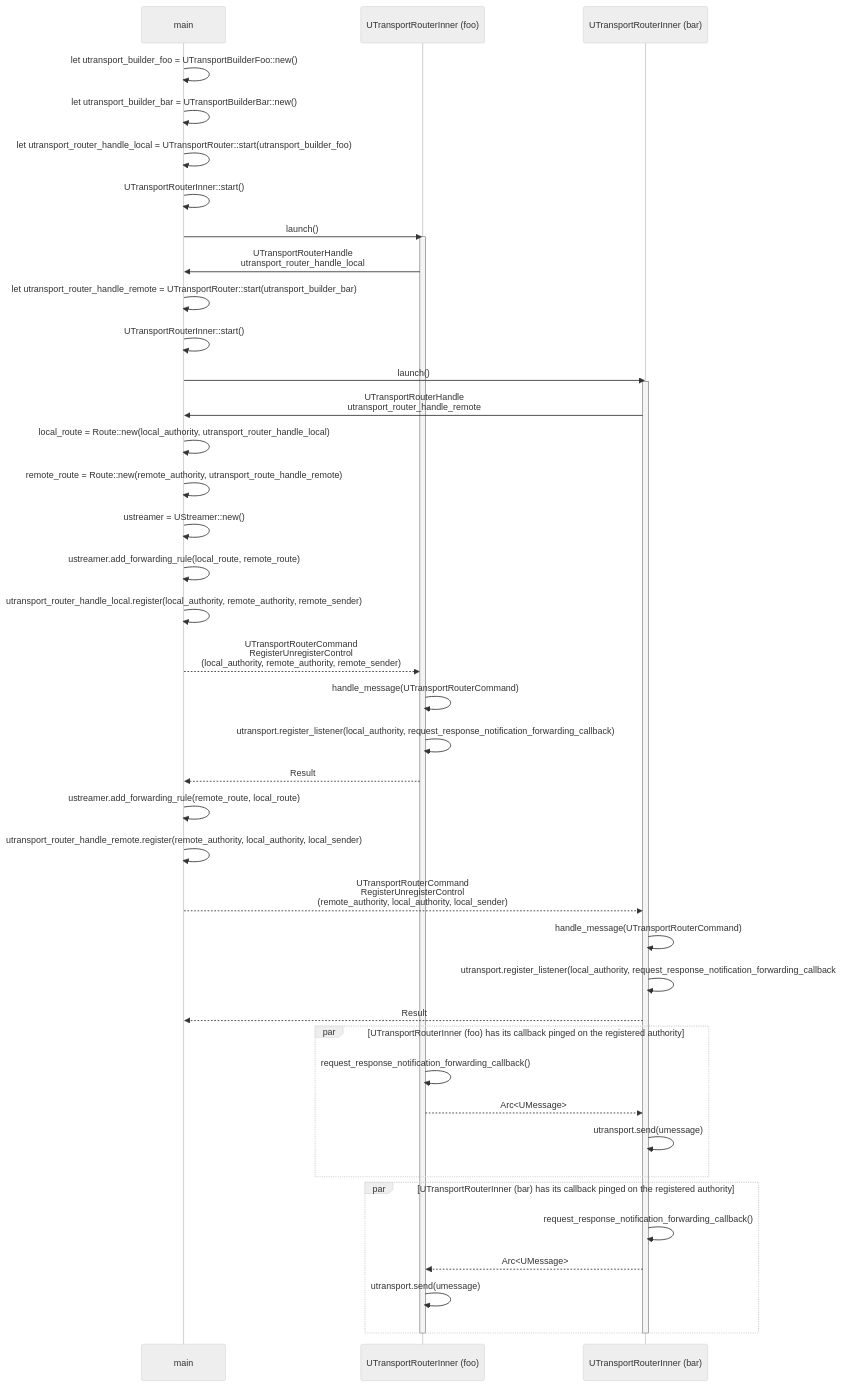
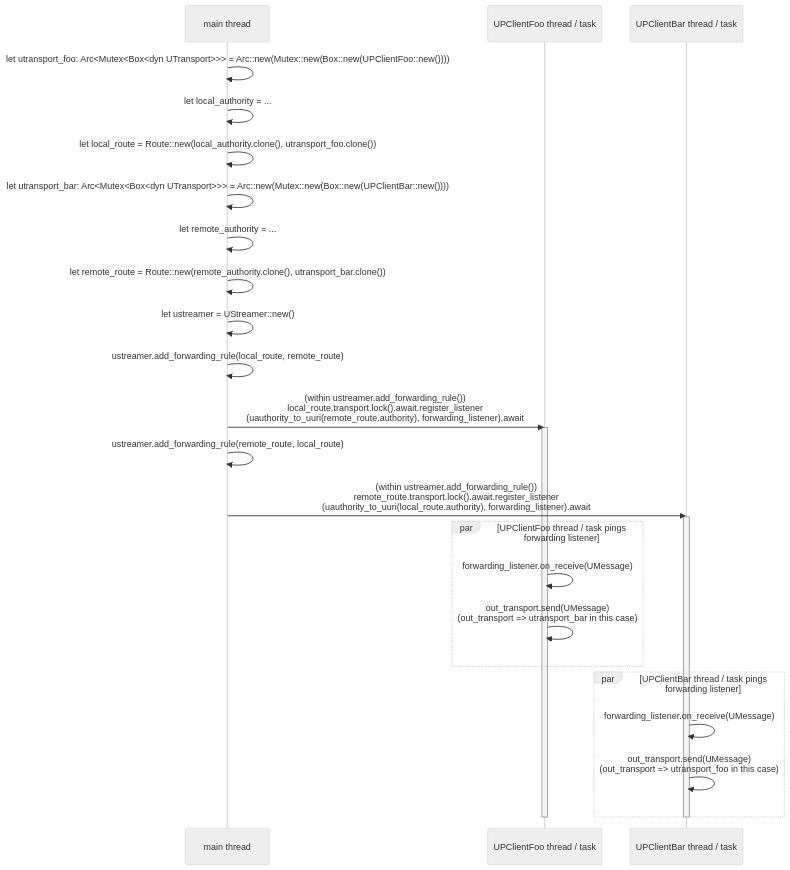
The diagram in README.md (eclipse-uprotocol/up-streamer-rust), drawn with Mermaid (neutral theme) before and after one commit. The commit also changed other lines of this file, not shown here.

Commit message:
Updated diagram to show that from our POV we're just calling things on main and other tasks/threads are handled within the uP clients

````diff
--- a/README.md
+++ b/README.md
@@ -12,55 +12,40 @@
 ```mermaid
-sequenceDiagram
-    participant main
-    participant UTransportRouterInner (foo)
-    participant UTransportRouterInner (bar)
+sequenceDiagram 
+    participant main thread
+    participant UPClientFoo thread / task
+    participant UPClientBar thread / task
 
-    main->>main: let utransport_builder_foo = UTransportBuilderFoo::new()
-    main->>main: let utransport_builder_bar = UTransportBuilderBar::new()
+    main thread->>main thread: let utransport_foo: Arc<Mutex<Box<dyn UTransport>>> = Arc::new(Mutex::new(Box::new(UPClientFoo::new())))
+    main thread->>main thread: let local_authority = ...
+    main thread->>main thread: let local_route = Route::new(local_authority.clone(), utransport_foo.clone())
 
-    main->>main: let utransport_router_handle_local = UTransportRouter::start(utransport_builder_foo)
-    main->>main: UTransportRouterInner::start()
-    main->>UTransportRouterInner (foo): launch()
-    activate UTransportRouterInner (foo)
-    UTransportRouterInner (foo)->>main: UTransportRouterHandle <br> utransport_router_handle_local
+    main thread->>main thread: let utransport_bar: Arc<Mutex<Box<dyn UTransport>>> = Arc::new(Mutex::new(Box::new(UPClientBar::new())))
+    main thread->>main thread: let remote_authority = ...
+    main thread->>main thread: let remote_route = Route::new(remote_authority.clone(), utransport_bar.clone())
+  
+    main thread->>main thread: let ustreamer = UStreamer::new()
+    main thread->>main thread: ustreamer.add_forwarding_rule(local_route, remote_route)
+    main thread->>UPClientFoo thread / task: (within ustreamer.add_forwarding_rule()) <br> local_route.transport.lock().await.register_listener <br> (uauthority_to_uuri(remote_route.authority), forwarding_listener).await
+    activate UPClientFoo thread / task
 
-    main->>main: let utransport_router_handle_remote = UTransportRouter::start(utransport_builder_bar)
-    main->>main: UTransportRouterInner::start()
-    main->>UTransportRouterInner (bar): launch()
-    activate UTransportRouterInner (bar)
-    UTransportRouterInner (bar)->>main: UTransportRouterHandle <br> utransport_router_handle_remote
+    main thread->>main thread: ustreamer.add_forwarding_rule(remote_route, local_route)
+    main thread->>UPClientBar thread / task: (within ustreamer.add_forwarding_rule()) <br> remote_route.transport.lock().await.register_listener <br> (uauthority_to_uuri(local_route.authority), forwarding_listener).await
+    activate UPClientBar thread / task
 
-    main->>main: local_route = Route::new(local_authority, utransport_router_handle_local)
-    main->>main: remote_route = Route::new(remote_authority, utransport_route_handle_remote)
+    par UPClientFoo thread / task pings forwarding listener
 
-    main->>main: ustreamer = UStreamer::new()
+        UPClientFoo thread / task->>UPClientFoo thread / task: forwarding_listener.on_receive(UMessage)
+        UPClientFoo thread / task->>UPClientFoo thread / task: out_transport.send(UMessage) <br> (out_transport => utransport_bar in this case)
 
-    main->>main: ustreamer.add_forwarding_rule(local_route, remote_route)
-    main->>main: utransport_router_handle_local.register(local_authority, remote_authority, remote_sender)
-    main-->>UTransportRouterInner (foo): UTransportRouterCommand <br> RegisterUnregisterControl <br> (local_authority, remote_authority, remote_sender)
-    UTransportRouterInner (foo)->>UTransportRouterInner (foo): handle_message(UTransportRouterCommand)
-    UTransportRouterInner (foo)->>UTransportRouterInner (foo): utransport.register_listener(local_authority, request_response_notification_forwarding_callback)
-    UTransportRouterInner (foo)-->>main: Result
-
-    main->>main: ustreamer.add_forwarding_rule(remote_route, local_route)
-    main->>main: utransport_router_handle_remote.register(remote_authority, local_authority, local_sender)
-    main-->>UTransportRouterInner (bar): UTransportRouterCommand <br> RegisterUnregisterControl <br> (remote_authority, local_authority, local_sender)
-    UTransportRouterInner (bar)->>UTransportRouterInner (bar): handle_message(UTransportRouterCommand)
-    UTransportRouterInner (bar)->>UTransportRouterInner (bar): utransport.register_listener(local_authority, request_response_notification_forwarding_callback
-    UTransportRouterInner (bar)-->>main: Result
-
-    par UTransportRouterInner (foo) has its callback pinged on the registered authority
-        UTransportRouterInner (foo)->>UTransportRouterInner (foo): request_response_notification_forwarding_callback()
-        UTransportRouterInner (foo)-->>UTransportRouterInner (bar): Arc<UMessage>
-        UTransportRouterInner (bar)->>UTransportRouterInner (bar): utransport.send(umessage)
     end
 
-    par UTransportRouterInner (bar) has its callback pinged on the registered authority
-        UTransportRouterInner (bar)->>UTransportRouterInner (bar): request_response_notification_forwarding_callback()
-        UTransportRouterInner (bar)-->>UTransportRouterInner (foo): Arc<UMessage>
-        UTransportRouterInner (foo)->>UTransportRouterInner (foo): utransport.send(umessage)
+    par UPClientBar thread / task pings forwarding listener
+
+        UPClientBar thread / task->>UPClientBar thread / task: forwarding_listener.on_receive(UMessage)
+        UPClientBar thread / task->>UPClientBar thread / task: out_transport.send(UMessage) <br> (out_transport => utransport_foo in this case)
+
     end
 
-    deactivate UTransportRouterInner (foo)
-    deactivate UTransportRouterInner (bar)
+    deactivate UPClientFoo thread / task
+    deactivate UPClientBar thread / task
 ```
````
